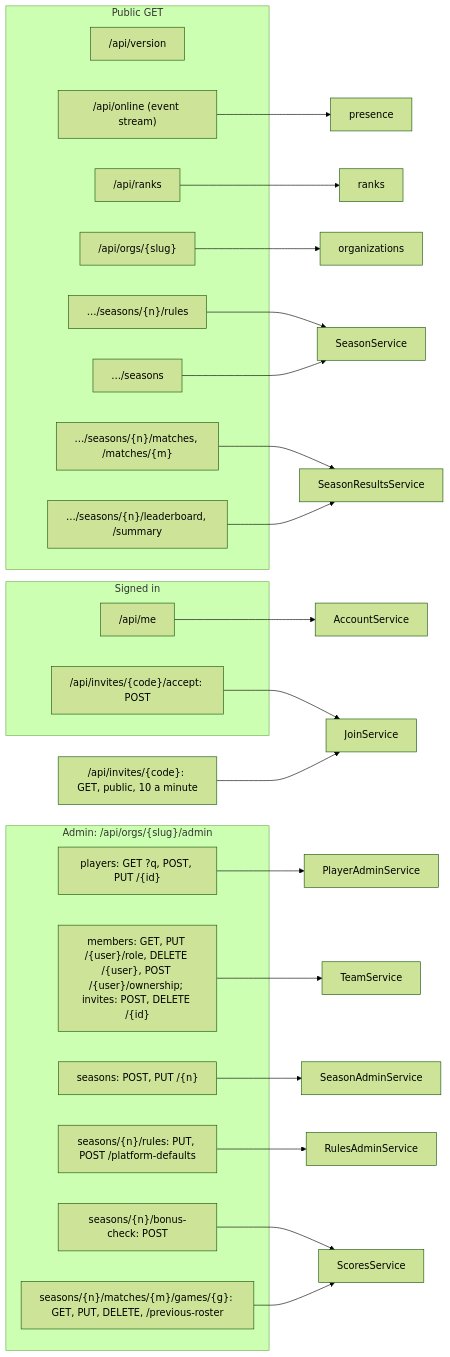
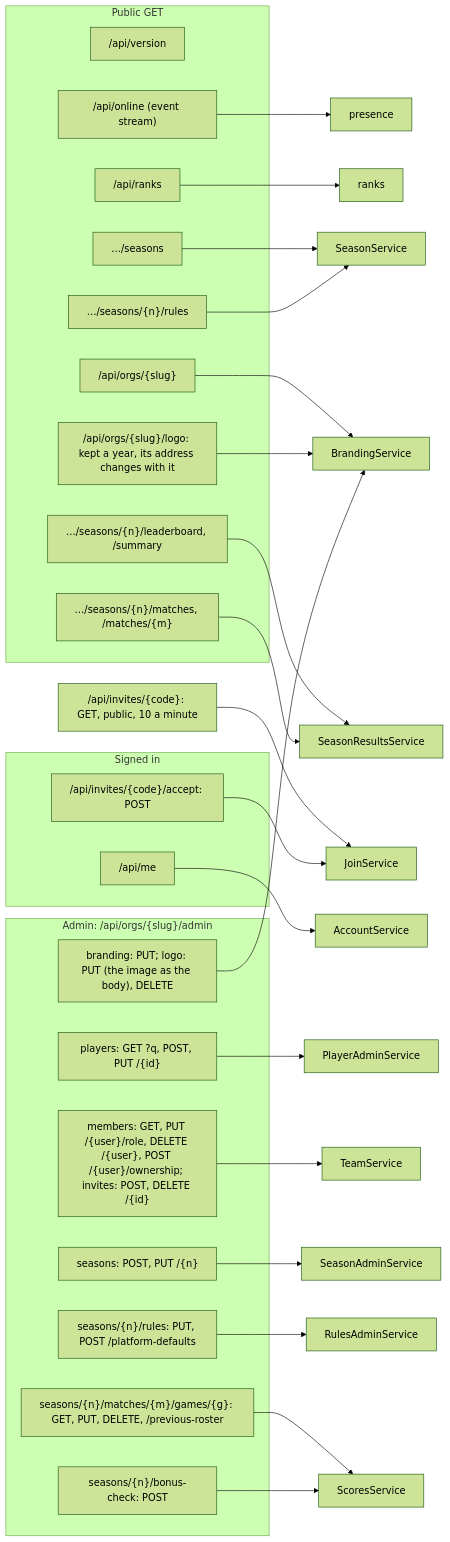
The fourth of 7 diagrams in docs/context-graph.md (irmahs-labs/tournament-leaderboard), drawn with Mermaid (forest theme) before and after one commit. The commit also changed other lines of this file and 29 other files, not shown here.

First line of the commit message:
feat: branding, social links and logo

````diff
--- a/docs/context-graph.md
+++ b/docs/context-graph.md
@@ -88,38 +88,40 @@
 ```mermaid
 flowchart LR
     subgraph public[Public GET]
         v["/api/version"]
         on["/api/online (event stream)"]
         r["/api/ranks"]
         o["/api/orgs/{slug}"]
+        lo["/api/orgs/{slug}/logo: kept a year, its address changes with it"]
         sl["…/seasons"]
         sr["…/seasons/{n}/rules"]
         lb["…/seasons/{n}/leaderboard, /summary"]
         ml["…/seasons/{n}/matches, /matches/{m}"]
     end
     subgraph signedin[Signed in]
         me["/api/me"]
         acc["/api/invites/{code}/accept: POST"]
     end
     jv["/api/invites/{code}: GET, public, 10 a minute"]
     subgraph admin["Admin: /api/orgs/{slug}/admin"]
         ap["players: GET ?q, POST, PUT /{id}"]
+        br["branding: PUT; logo: PUT (the image as the body), DELETE"]
         tm["members: GET, PUT /{user}/role, DELETE /{user}, POST /{user}/ownership; invites: POST, DELETE /{id}"]
         as["seasons: POST, PUT /{n}"]
         ru["seasons/{n}/rules: PUT, POST /platform-defaults"]
         sc["seasons/{n}/matches/{m}/games/{g}: GET, PUT, DELETE, /previous-roster"]
         bc["seasons/{n}/bonus-check: POST"]
     end
     r --> ranks
     on --> presence
-    o --> organizations
+    o & lo & br --> BrandingService
     sl & sr --> SeasonService
     lb & ml --> SeasonResultsService
     me --> AccountService
     tm --> TeamService
     jv & acc --> JoinService
     ap --> PlayerAdminService
     as --> SeasonAdminService
     sc & bc --> ScoresService
     ru --> RulesAdminService
 ```
````
